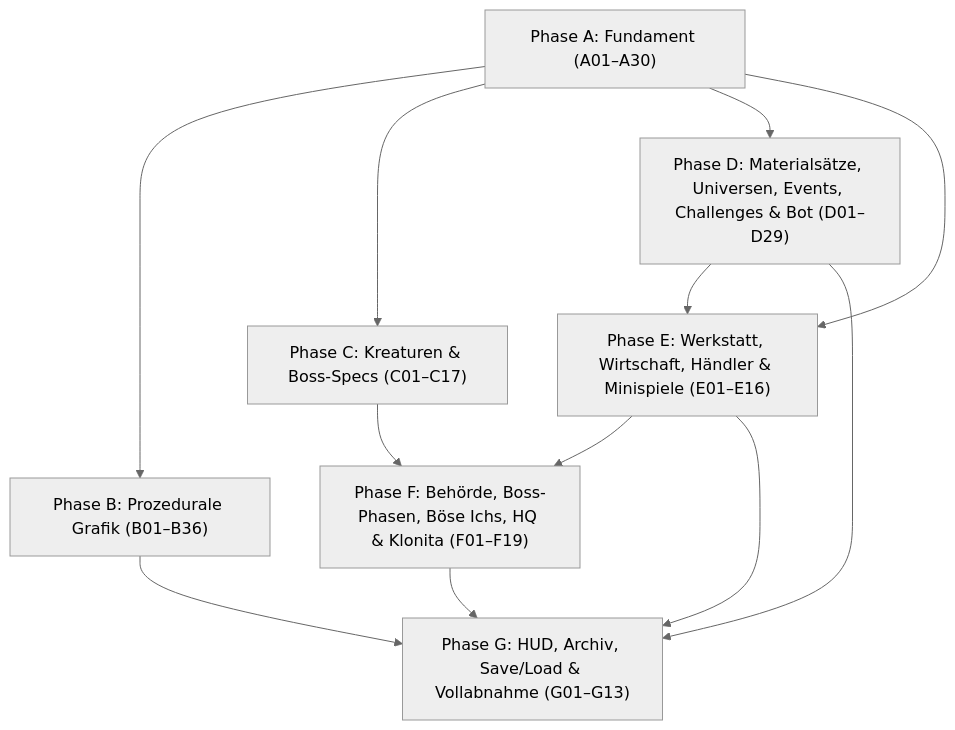
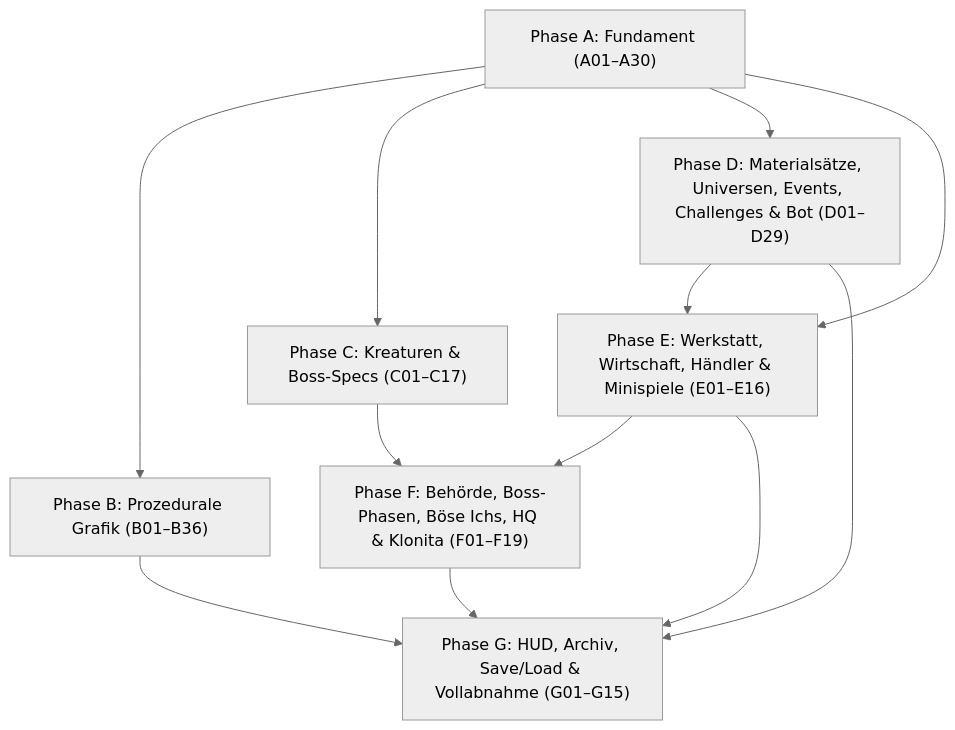
One commit to TGBox/py-noita-claude changed the diagram in docs/plan/README.md. Above: the diagram before and after it, drawn with Mermaid (neutral theme). The commit also changed other lines of this file and 3 other files, not shown here.

````diff
--- a/docs/plan/README.md
+++ b/docs/plan/README.md
@@ -57,22 +57,22 @@
 ```mermaid
 flowchart TD
     A["Phase A: Fundament (A01–A30)"]
     B["Phase B: Prozedurale Grafik (B01–B36)"]
     C["Phase C: Kreaturen & Boss-Specs (C01–C17)"]
     D["Phase D: Materialsätze, Universen, Events, Challenges & Bot (D01–D29)"]
     E["Phase E: Werkstatt, Wirtschaft, Händler & Minispiele (E01–E16)"]
     F["Phase F: Behörde, Boss-Phasen, Böse Ichs, HQ & Klonita (F01–F19)"]
-    G["Phase G: HUD, Archiv, Save/Load & Vollabnahme (G01–G13)"]
+    G["Phase G: HUD, Archiv, Save/Load & Vollabnahme (G01–G15)"]
 
     A --> B
     A --> C
     A --> D
     A --> E
     C --> F
     D --> E
     E --> F
     B --> G
     D --> G
     E --> G
     F --> G
 ```
````
